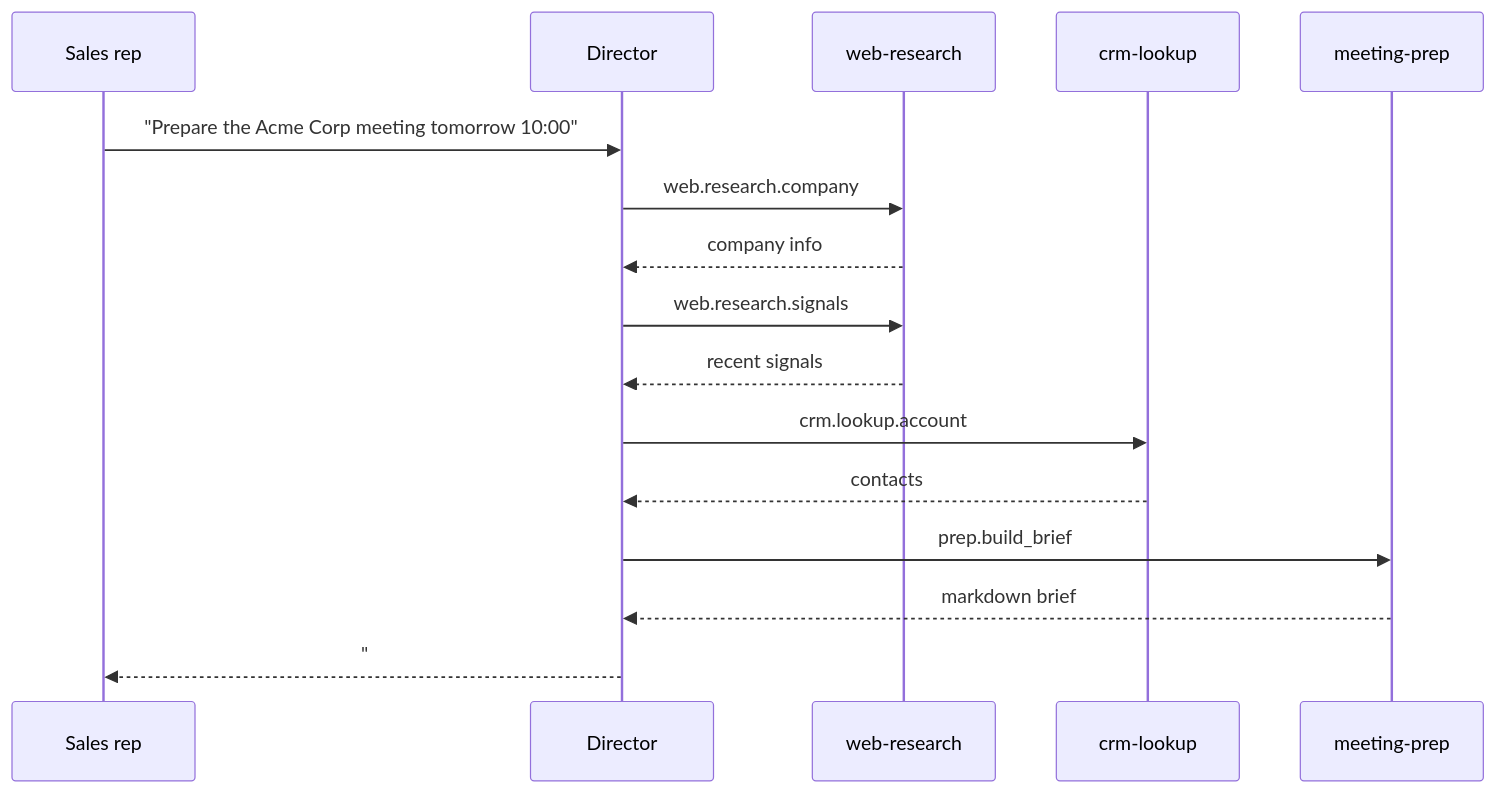
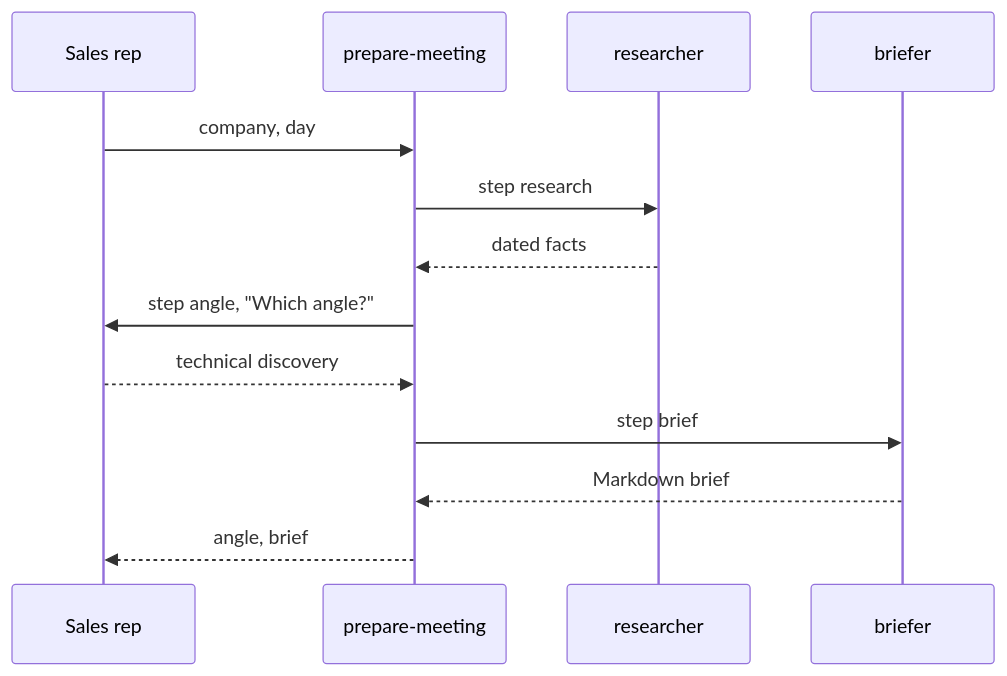
Before and after one commit to Apollia-OS/apollia-os: the second of 2 diagrams in docs/site/docs/tutorials/build-a-multi-agent-assistant.md, drawn with Mermaid. The commit also changed other lines of this file and 4432 other files, not shown here.

````diff
--- a/docs/site/docs/tutorials/build-a-multi-agent-assistant.md
+++ b/docs/site/docs/tutorials/build-a-multi-agent-assistant.md
@@ -78,18 +67,15 @@
 ```mermaid
 sequenceDiagram
     participant U as Sales rep
-    participant D as Director
-    participant W as web-research
-    participant C as crm-lookup
-    participant P as meeting-prep
-    U->>D: "Prepare the Acme Corp meeting tomorrow 10:00"
-    D->>W: web.research.company
-    W-->>D: company info
-    D->>W: web.research.signals
-    W-->>D: recent signals
-    D->>C: crm.lookup.account
-    C-->>D: contacts
-    D->>P: prep.build_brief
-    P-->>D: markdown brief
-    D-->>U: "# Meeting with Acme Corp..."
+    participant W as prepare-meeting
+    participant R as researcher
+    participant B as briefer
+    U->>W: company, day
+    W->>R: step research
+    R-->>W: dated facts
+    W->>U: step angle, "Which angle?"
+    U-->>W: technical discovery
+    W->>B: step brief
+    B-->>W: Markdown brief
+    W-->>U: angle, brief
 ```
````
